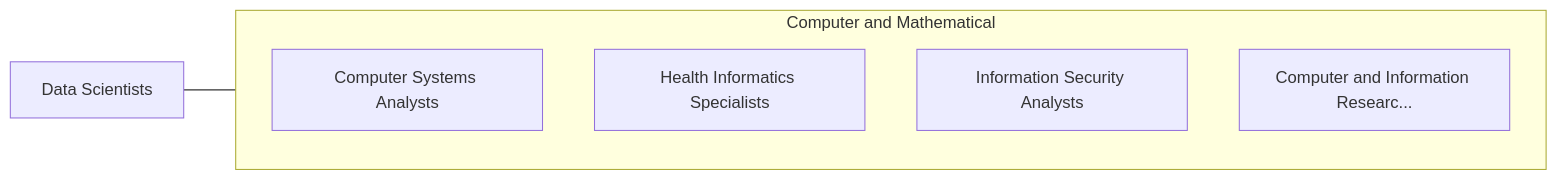
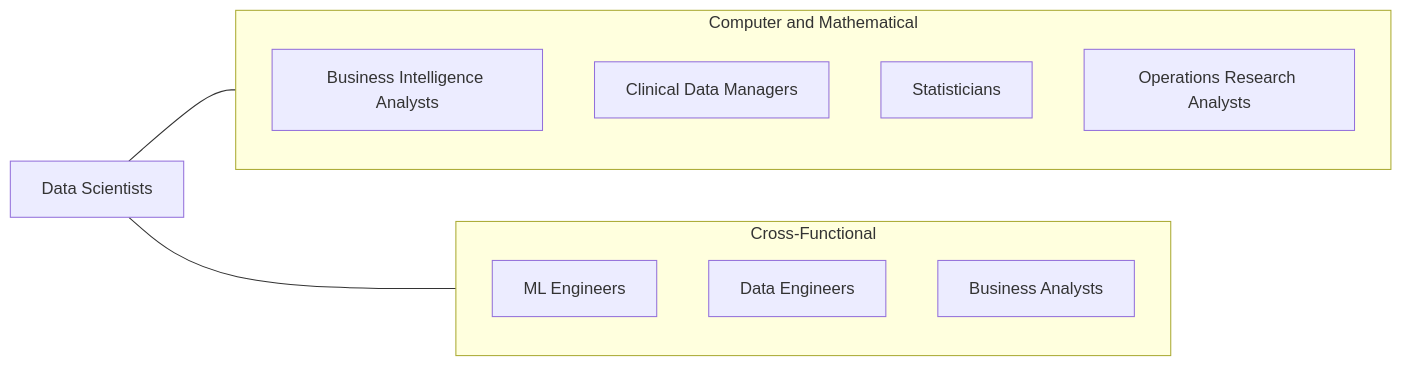
The third of 4 diagrams in occupations/Technology/DataScientists.mdx (kziemski/business.org.ai), drawn with Mermaid before and after one commit. The commit also changed other lines of this file and 938 other files, not shown here.

````diff
--- a/occupations/Technology/DataScientists.mdx
+++ b/occupations/Technology/DataScientists.mdx
@@ -105,13 +197,20 @@
 ```mermaid
 graph LR
     Current["Data Scientists"]
 
     subgraph SameCategory["Computer and Mathematical"]
-        ComputerSystemsAnaly["Computer Systems Analysts"]
-        HealthInformaticsSpe["Health Informatics Specialists"]
-        InformationSecurityA["Information Security Analysts"]
-        ComputerAndInformati["Computer and Information Researc..."]
+        BIA["Business Intelligence Analysts"]
+        CDM["Clinical Data Managers"]
+        Stat["Statisticians"]
+        ORA["Operations Research Analysts"]
+    end
+
+    subgraph CrossFunctional["Cross-Functional"]
+        MLE["ML Engineers"]
+        DE["Data Engineers"]
+        BA["Business Analysts"]
     end
 
     Current --- SameCategory
+    Current --- CrossFunctional
 ```
````
